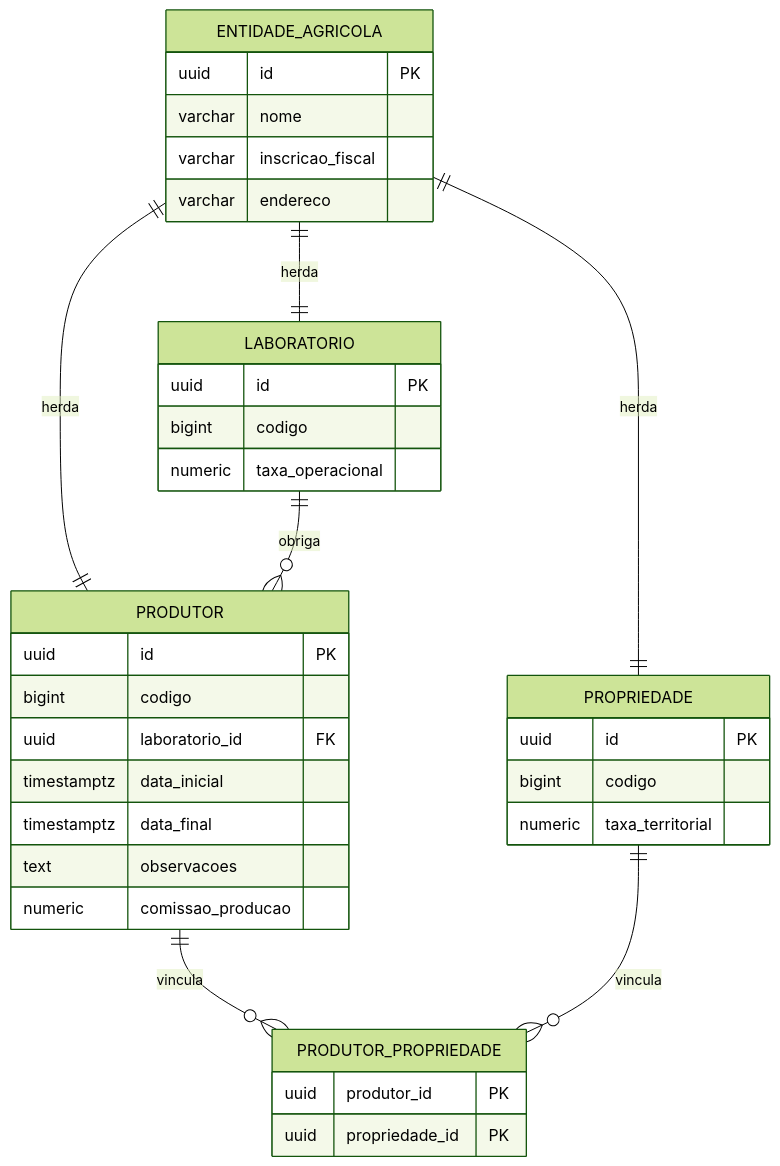
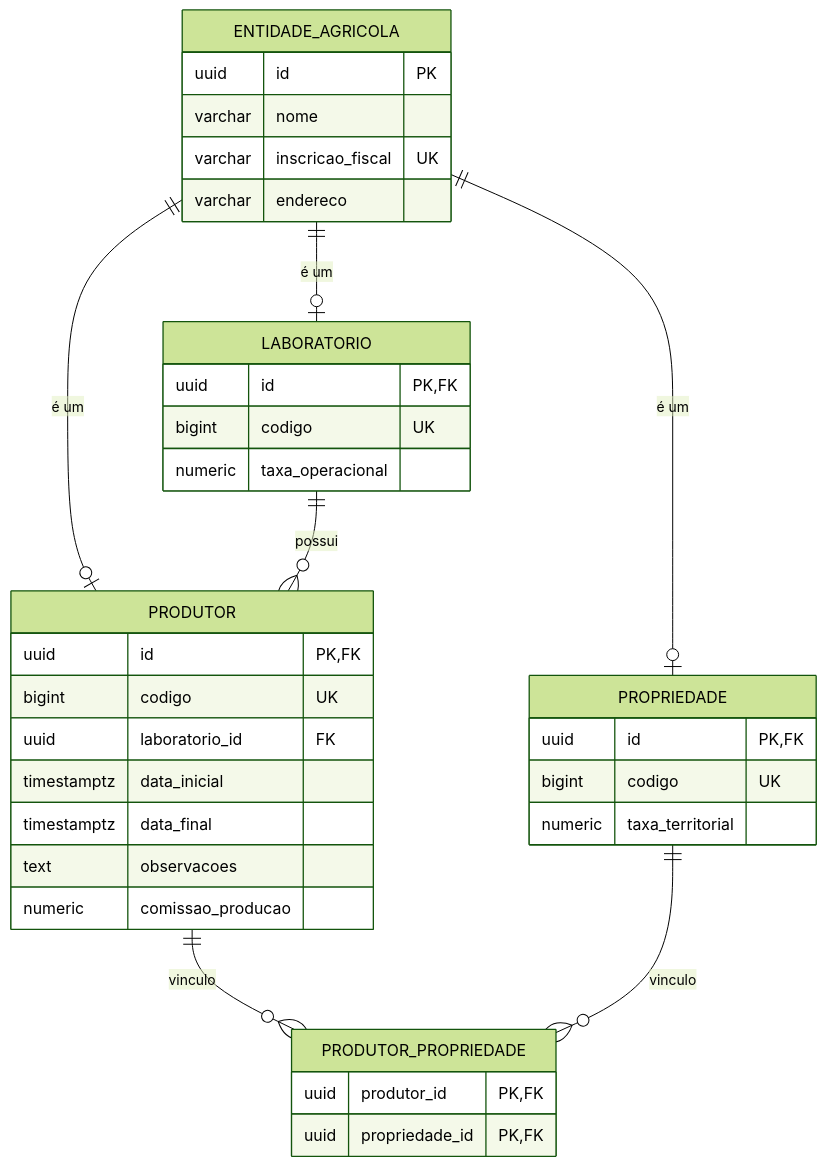
One commit to LuizClaudioGarcia/painel-gestao-agricola changed the diagram in README.md. Above: the diagram before and after it, drawn with Mermaid (forest theme). The commit also changed other lines of this file, not shown here.

````diff
--- a/README.md
+++ b/README.md
@@ -21,38 +92,38 @@
 ```mermaid
 erDiagram
     ENTIDADE_AGRICOLA {
         uuid id PK
         varchar nome
-        varchar inscricao_fiscal
+        varchar inscricao_fiscal UK
         varchar endereco
     }
     PRODUTOR {
-        uuid id PK
-        bigint codigo
+        uuid id PK, FK
+        bigint codigo UK
         uuid laboratorio_id FK
         timestamptz data_inicial
         timestamptz data_final
         text observacoes
         numeric comissao_producao
     }
     PROPRIEDADE {
-        uuid id PK
-        bigint codigo
+        uuid id PK, FK
+        bigint codigo UK
         numeric taxa_territorial
     }
     LABORATORIO {
-        uuid id PK
-        bigint codigo
+        uuid id PK, FK
+        bigint codigo UK
         numeric taxa_operacional
     }
     PRODUTOR_PROPRIEDADE {
-        uuid produtor_id PK
-        uuid propriedade_id PK
+        uuid produtor_id PK, FK
+        uuid propriedade_id PK, FK
     }
-    ENTIDADE_AGRICOLA ||--|| PRODUTOR : herda
-    ENTIDADE_AGRICOLA ||--|| PROPRIEDADE : herda
-    ENTIDADE_AGRICOLA ||--|| LABORATORIO : herda
-    LABORATORIO ||--o{ PRODUTOR : obriga
-    PRODUTOR ||--o{ PRODUTOR_PROPRIEDADE : vincula
-    PROPRIEDADE ||--o{ PRODUTOR_PROPRIEDADE : vincula
+    ENTIDADE_AGRICOLA ||--o| PRODUTOR : "é um"
+    ENTIDADE_AGRICOLA ||--o| PROPRIEDADE : "é um"
+    ENTIDADE_AGRICOLA ||--o| LABORATORIO : "é um"
+    LABORATORIO ||--o{ PRODUTOR : possui
+    PRODUTOR ||--o{ PRODUTOR_PROPRIEDADE : vinculo
+    PROPRIEDADE ||--o{ PRODUTOR_PROPRIEDADE : vinculo
 ```
````
